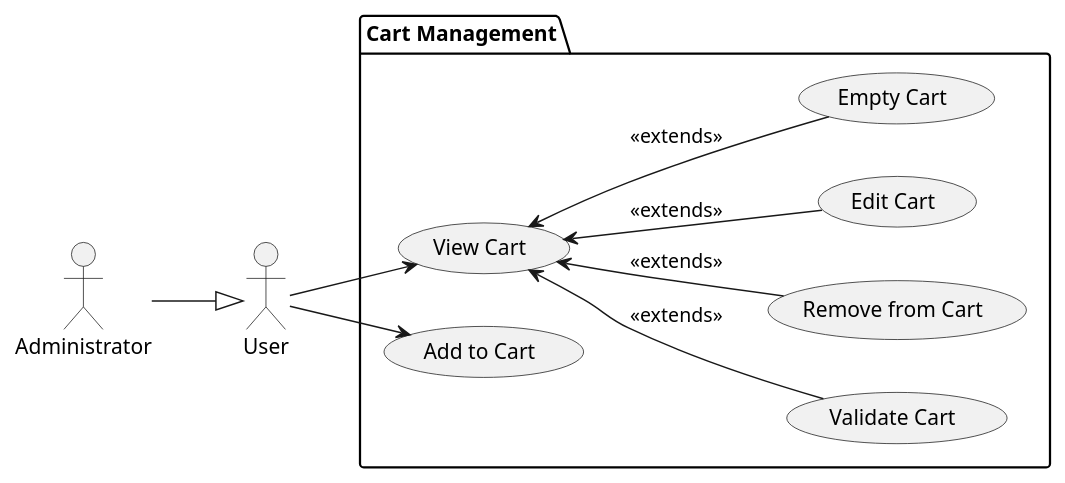
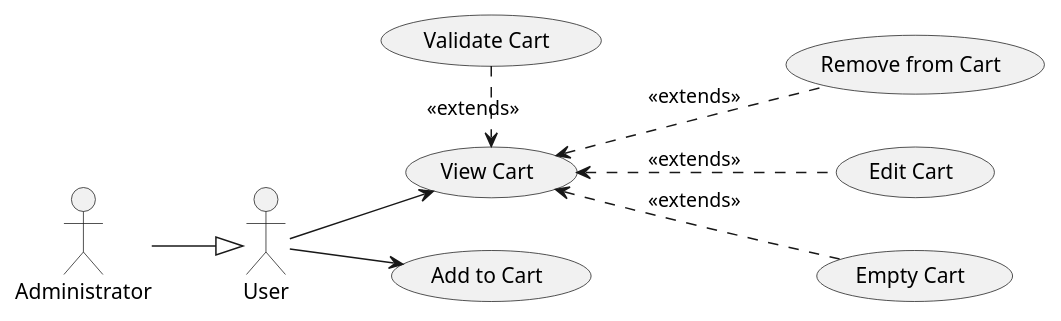
One commit to iusildra/WineCellar changed diagram 13 of 13 in doc/reports/usecaseAnalysis/plantuml/detailledUsecases.plantuml. Above: the diagram before and after it, drawn with PlantUML. The commit also changed other lines of this file and 38 other files, not shown here.

```diff
--- a/doc/reports/usecaseAnalysis/plantuml/detailledUsecases.plantuml
+++ b/doc/reports/usecaseAnalysis/plantuml/detailledUsecases.plantuml
@@ -198,21 +181,18 @@
 @startuml cartManagement
 
 left to right direction
 
 actor "User" as user
 actor "Administrator" as admin
 
-package "Cart Management" as Cart {
+admin --|> user
+user -->(View Cart)
+user --> (Add to Cart)
 
-    admin --|> user
-    user -->(View Cart)
-    user --> (Add to Cart)
-
-    (View Cart) <-- (Validate Cart): <<extends>>
-    (View Cart) <-- (Remove from Cart) : <<extends>>
-    (View Cart) <-- (Edit Cart) : <<extends>>
-    (View Cart) <-- (Empty Cart) : <<extends>>
-}
+(View Cart) <.l. (Validate Cart): <<extends>>
+(View Cart) <.. (Remove from Cart) : <<extends>>
+(View Cart) <.. (Edit Cart) : <<extends>>
+(View Cart) <.. (Empty Cart) : <<extends>>
 
 
 @enduml
```
